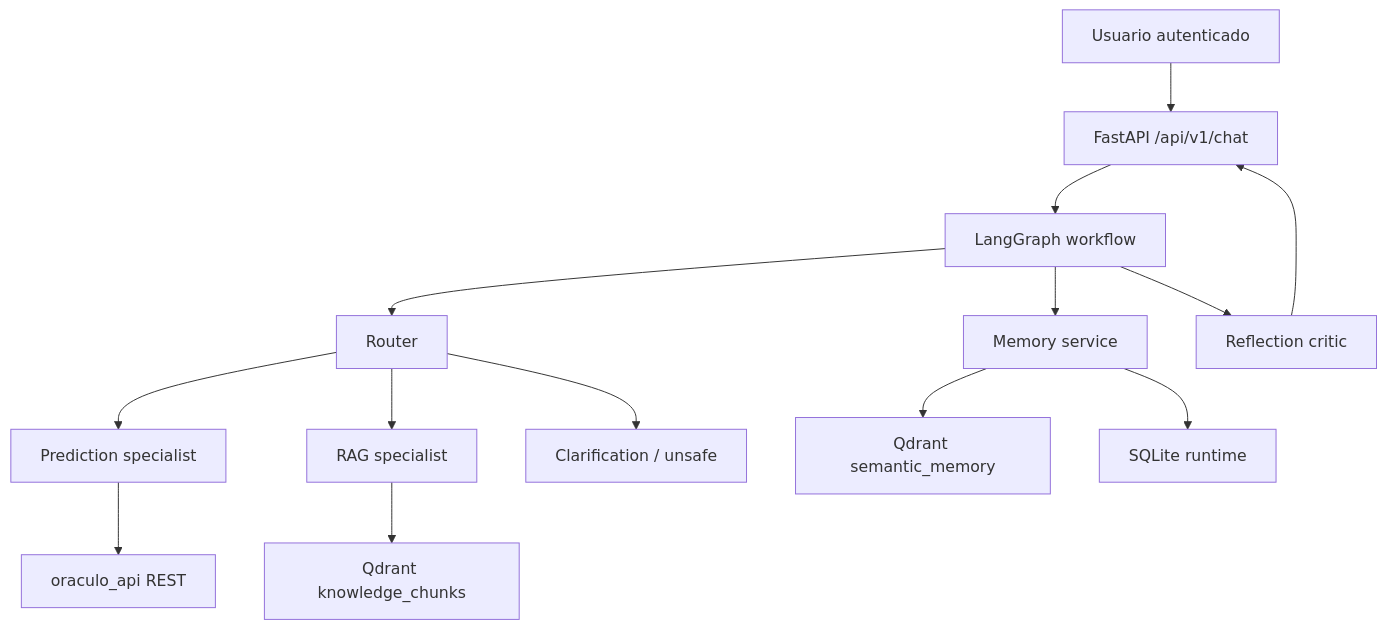
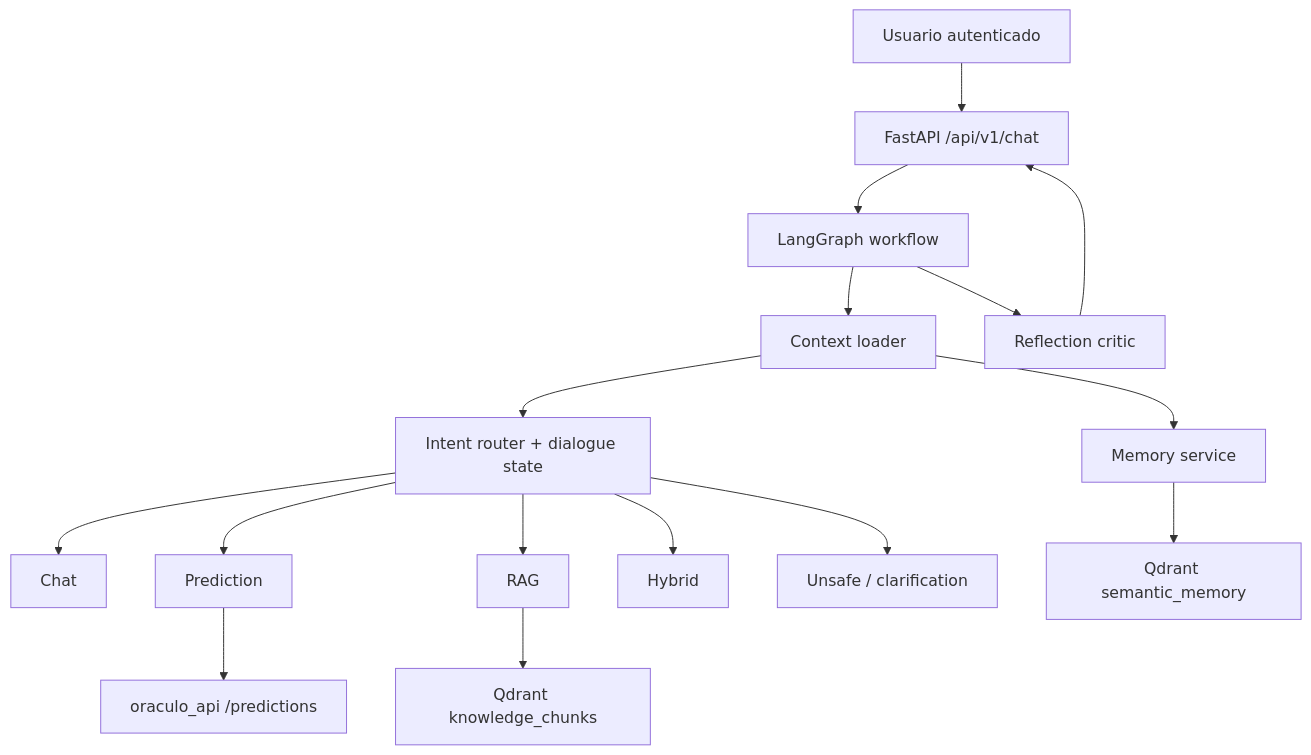
The diagram in oraculo_agente_ia/README.md (DiiegoA/Proyecto_modelo_IA), drawn with Mermaid before and after one commit. The commit also changed other lines of this file and 40 other files, not shown here.

````diff
--- a/oraculo_agente_ia/README.md
+++ b/oraculo_agente_ia/README.md
@@ -37,16 +36,18 @@
 ```mermaid
 flowchart TD
     U["Usuario autenticado"] --> API["FastAPI /api/v1/chat"]
     API --> G["LangGraph workflow"]
-    G --> R["Router"]
-    R --> P["Prediction specialist"]
-    R --> K["RAG specialist"]
-    R --> C["Clarification / unsafe"]
-    P --> OA["oraculo_api REST"]
+    G --> C["Context loader"]
+    C --> R["Intent router + dialogue state"]
+    R --> CH["Chat"]
+    R --> P["Prediction"]
+    R --> K["RAG"]
+    R --> H["Hybrid"]
+    R --> S["Unsafe / clarification"]
+    P --> OA["oraculo_api /predictions"]
     K --> Q["Qdrant knowledge_chunks"]
-    G --> M["Memory service"]
+    C --> M["Memory service"]
     M --> QM["Qdrant semantic_memory"]
-    M --> SQL["SQLite runtime"]
     G --> X["Reflection critic"]
     X --> API
 ```
````
